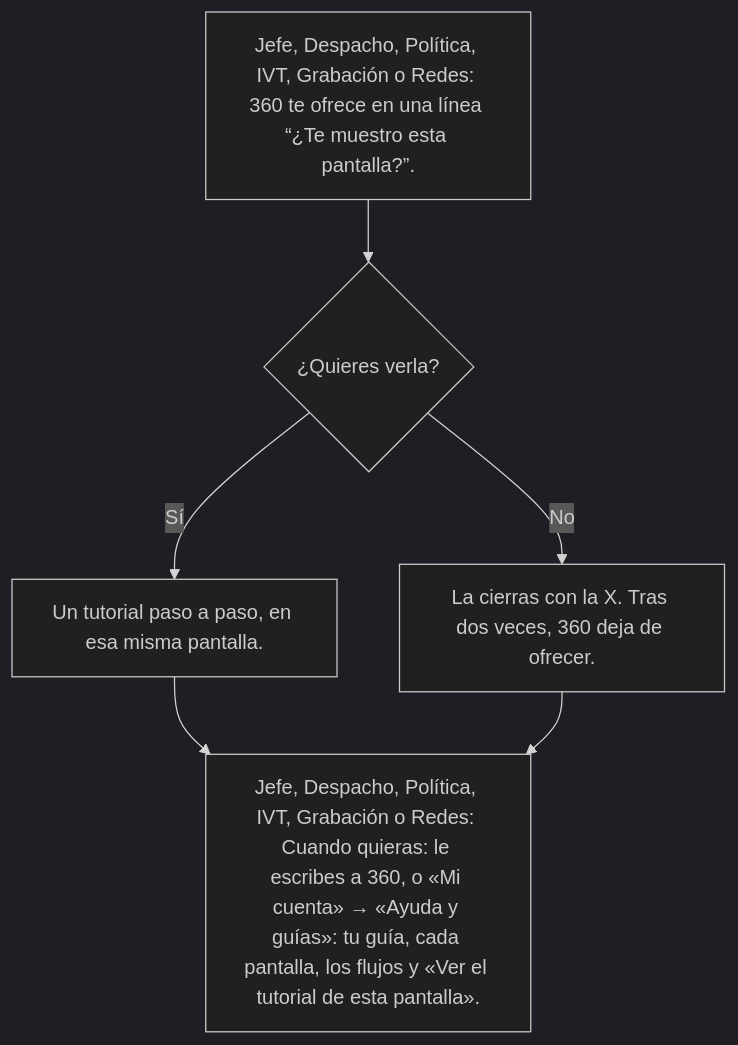
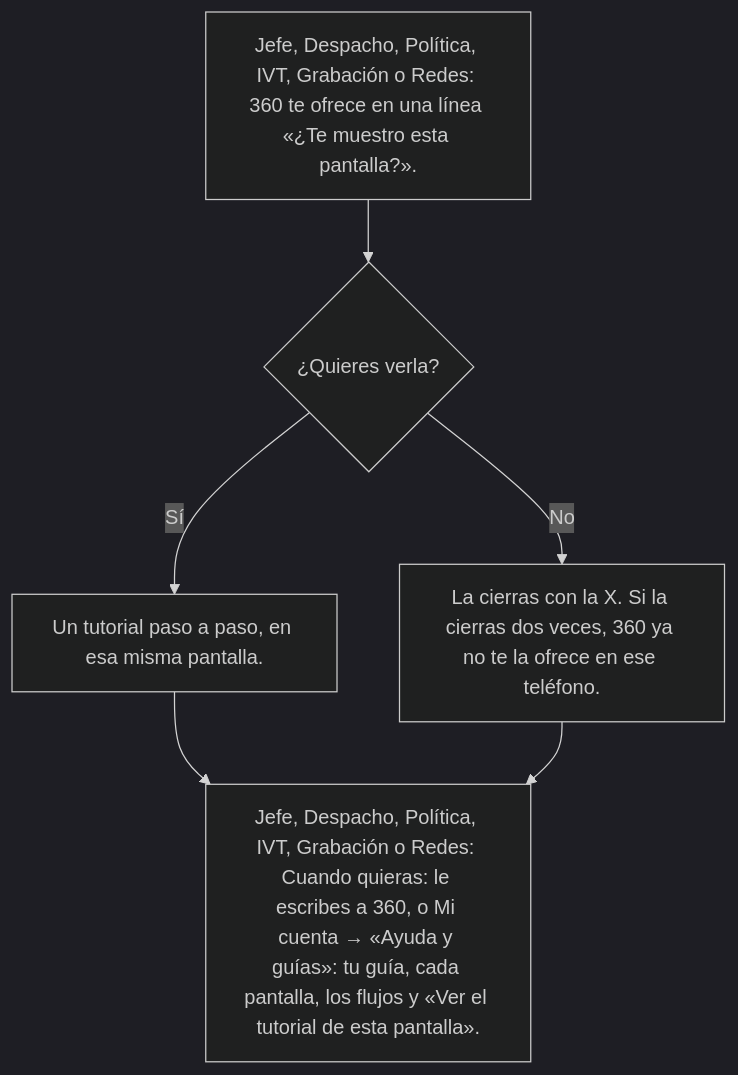
The ninth of 9 diagrams in app-freddy-bernal/docs/FLUJOS.md (fbvenezuela/Gestionapp), drawn with Mermaid (dark theme) before and after one commit. The commit also changed other lines of this file and 44 other files, not shown here.

````diff
--- a/app-freddy-bernal/docs/FLUJOS.md
+++ b/app-freddy-bernal/docs/FLUJOS.md
@@ -324,10 +324,10 @@
 ```mermaid
 flowchart TD
-  ayuda_ofrece["Jefe, Despacho, Política, IVT, Grabación o Redes: 360 te ofrece en una línea “¿Te muestro esta pantalla?”."]
+  ayuda_ofrece["Jefe, Despacho, Política, IVT, Grabación o Redes: 360 te ofrece en una línea «¿Te muestro esta pantalla?»."]
   ayuda_ofrece --> ayuda_ofrece_q{"¿Quieres verla?"}
   ayuda_ofrece_q -- Sí --> ayuda_ofrece_b1["Un tutorial paso a paso, en esa misma pantalla."]
   ayuda_ofrece_b1 --> ayuda_cuando
-  ayuda_ofrece_q -- No --> ayuda_ofrece_b2["La cierras con la X. Tras dos veces, 360 deja de ofrecer."]
+  ayuda_ofrece_q -- No --> ayuda_ofrece_b2["La cierras con la X. Si la cierras dos veces, 360 ya no te la ofrece en ese teléfono."]
   ayuda_ofrece_b2 --> ayuda_cuando
-  ayuda_cuando["Jefe, Despacho, Política, IVT, Grabación o Redes: Cuando quieras: le escribes a 360, o «Mi cuenta» → «Ayuda y guías»: tu guía, cada pantalla, los flujos y «Ver el tutorial de esta pantalla»."]
+  ayuda_cuando["Jefe, Despacho, Política, IVT, Grabación o Redes: Cuando quieras: le escribes a 360, o Mi cuenta → «Ayuda y guías»: tu guía, cada pantalla, los flujos y «Ver el tutorial de esta pantalla»."]
 ```
````
